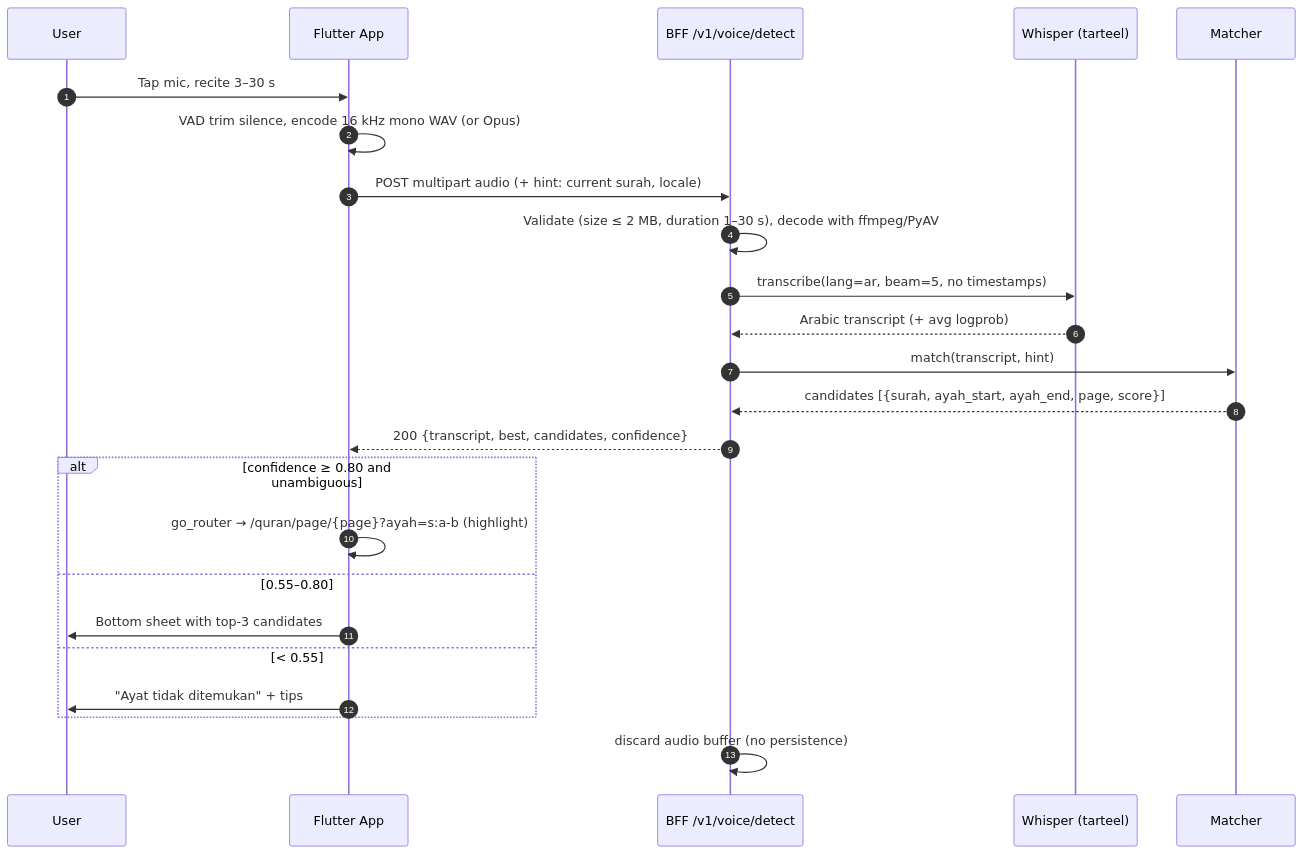
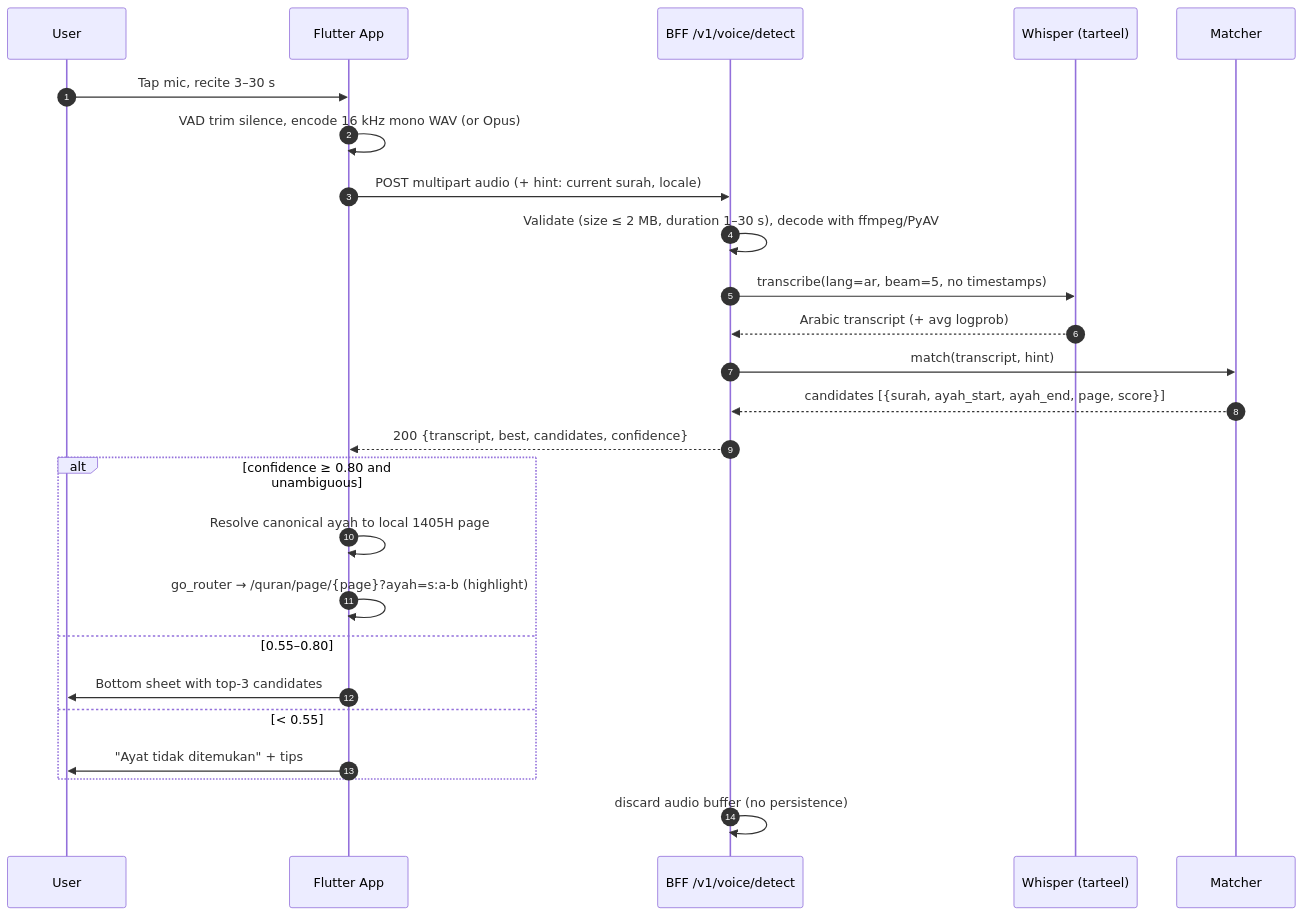
The third of 4 diagrams in docs/02-ARCHITECTURE.md (rizkyagung18/hafidz-app), drawn with Mermaid before and after one commit. The commit also changed other lines of this file and 124 other files, not shown here.

````diff
--- a/docs/02-ARCHITECTURE.md
+++ b/docs/02-ARCHITECTURE.md
@@ -68,26 +70,27 @@
 ```mermaid
 sequenceDiagram
   autonumber
   participant U as User
   participant App as Flutter App
   participant API as BFF /v1/voice/detect
   participant ASR as Whisper (tarteel)
   participant M as Matcher
   U->>App: Tap mic, recite 3–30 s
   App->>App: VAD trim silence, encode 16 kHz mono WAV (or Opus)
   App->>API: POST multipart audio (+ hint: current surah, locale)
   API->>API: Validate (size ≤ 2 MB, duration 1–30 s), decode with ffmpeg/PyAV
   API->>ASR: transcribe(lang=ar, beam=5, no timestamps)
   ASR-->>API: Arabic transcript (+ avg logprob)
   API->>M: match(transcript, hint)
   M-->>API: candidates [{surah, ayah_start, ayah_end, page, score}]
   API-->>App: 200 {transcript, best, candidates, confidence}
   alt confidence ≥ 0.80 and unambiguous
+    App->>App: Resolve canonical ayah to local 1405H page
     App->>App: go_router → /quran/page/{page}?ayah=s:a-b (highlight)
   else 0.55–0.80
     App->>U: Bottom sheet with top-3 candidates
   else < 0.55
     App->>U: "Ayat tidak ditemukan" + tips
   end
   API->>API: discard audio buffer (no persistence)
 ```
````
